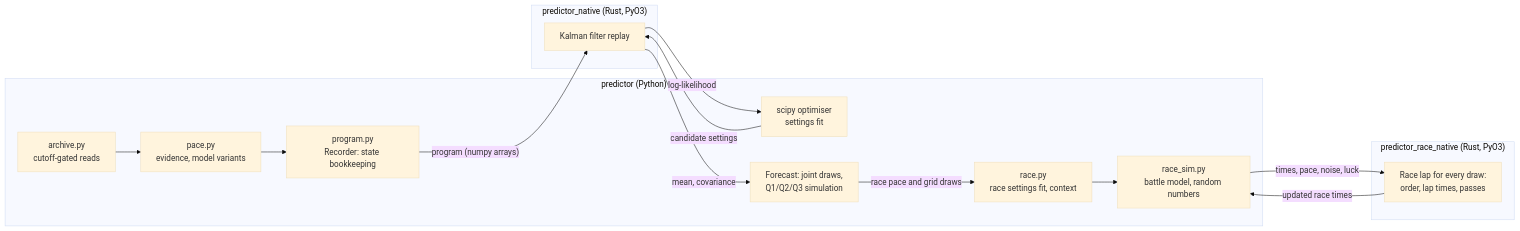
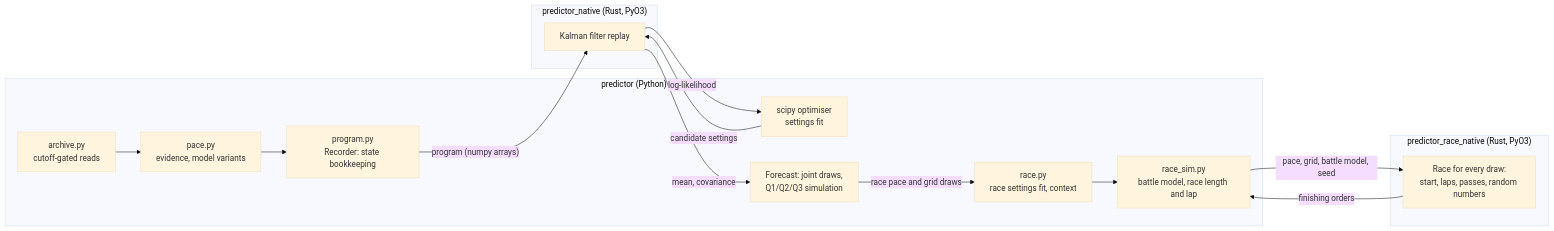
The fifth of 7 diagrams in design/prediction-engine.md (adityapandeydev/F1Stratagem), drawn with Mermaid (base theme) before and after one commit. The commit also changed other lines of this file and 8 other files, not shown here.

First line of the commit message:
perf(predictor): race simulation draws its own random numbers natively

````diff
--- a/design/prediction-engine.md
+++ b/design/prediction-engine.md
@@ -385,27 +382,27 @@
 ```mermaid
 flowchart LR
     subgraph py["predictor (Python)"]
         arch["archive.py<br/>cutoff-gated reads"]
         pace["pace.py<br/>evidence, model variants"]
         rec["program.py<br/>Recorder: state bookkeeping"]
         opt["scipy optimiser<br/>settings fit"]
         fc["Forecast: joint draws,<br/>Q1/Q2/Q3 simulation"]
         race["race.py<br/>race settings fit, context"]
-        sim["race_sim.py<br/>battle model, random numbers"]
+        sim["race_sim.py<br/>battle model, race length and lap"]
     end
     subgraph rs["predictor_native (Rust, PyO3)"]
         kf["Kalman filter replay"]
     end
     subgraph rrs["predictor_race_native (Rust, PyO3)"]
-        lap["Race lap for every draw:<br/>order, lap times, passes"]
+        lap["Race for every draw:<br/>start, laps, passes, random numbers"]
     end
     arch --> pace --> rec
     rec -->|"program (numpy arrays)"| kf
     opt -->|"candidate settings"| kf
     kf -->|"log-likelihood"| opt
     kf -->|"mean, covariance"| fc
     fc -->|"race pace and grid draws"| race
     race --> sim
-    sim -->|"times, pace, noise, luck"| lap
-    lap -->|"updated race times"| sim
+    sim -->|"pace, grid, battle model, seed"| lap
+    lap -->|"finishing orders"| sim
 ```
````
